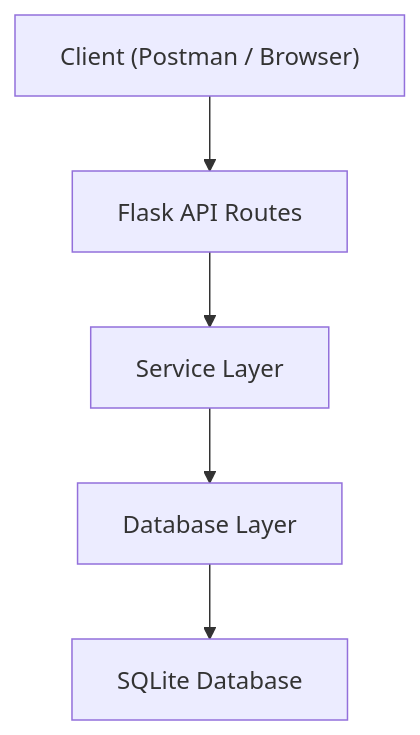
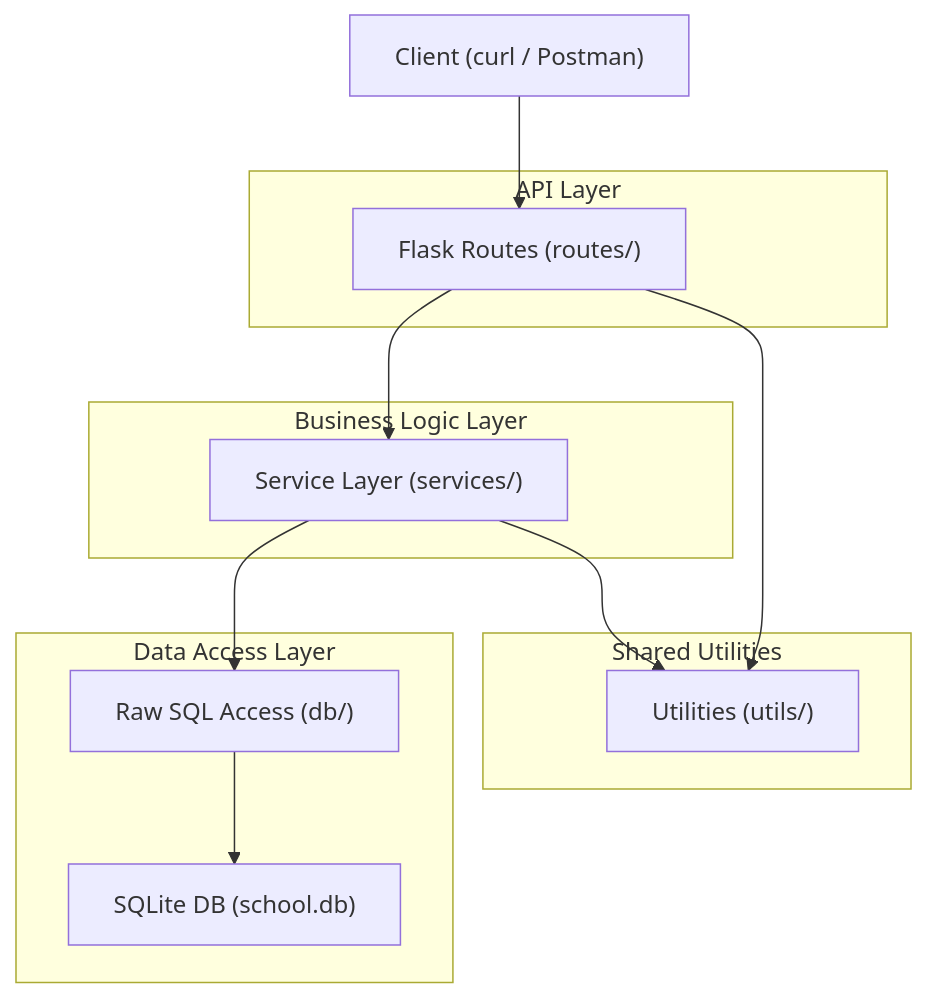
One commit to victoriacheng15/school-management-api changed the first of 2 diagrams in docs/architecture.md. Above: the diagram before and after it, drawn with Mermaid. The commit also changed other lines of this file and 3 other files, not shown here.

````diff
--- a/docs/architecture.md
+++ b/docs/architecture.md
@@ -11,13 +11,28 @@
 ```mermaid
 flowchart TD
-  Client["Client (Postman / Browser)"]
-  API["Flask API Routes"]
-  Service["Service Layer"]
-  DBLayer["Database Layer"]
-  SQLite["SQLite Database"]
+    ClientTool["Client (curl / Postman)"]
 
-  Client --> API
-  API --> Service
-  Service --> DBLayer
-  DBLayer --> SQLite
+    subgraph "API Layer"
+        Routes["Flask Routes (routes/)"]
+    end
+
+    subgraph "Business Logic Layer"
+        Services["Service Layer (services/)"]
+    end
+
+    subgraph "Shared Utilities"
+        Utils["Utilities (utils/)"]
+    end
+
+    subgraph "Data Access Layer"
+        DB["Raw SQL Access (db/)"]
+        SQLite["SQLite DB (school.db)"]
+    end
+
+    ClientTool --> Routes
+    Routes --> Services
+    Routes --> Utils
+    Services --> Utils
+    Services --> DB
+    DB --> SQLite
 ```
````
